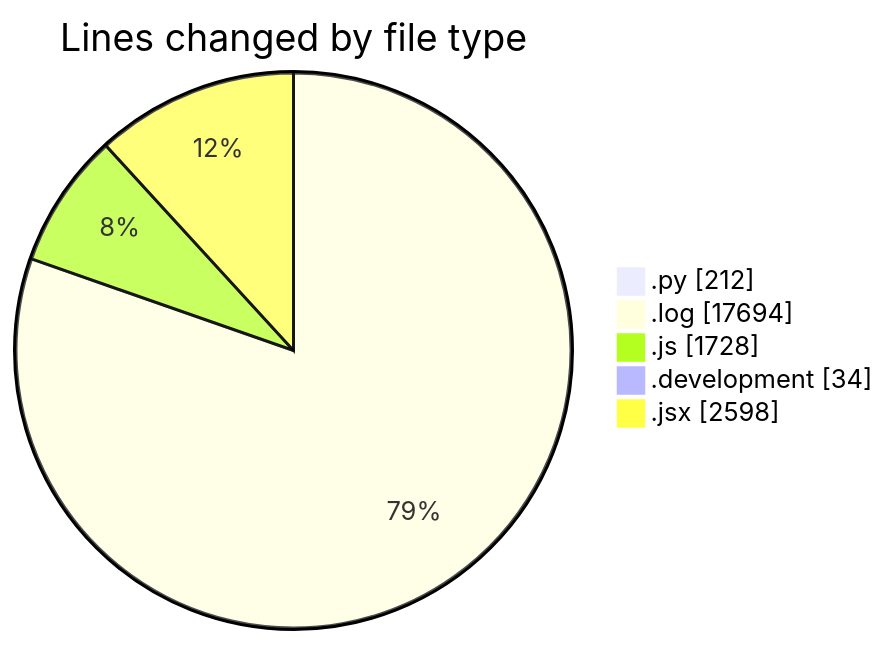
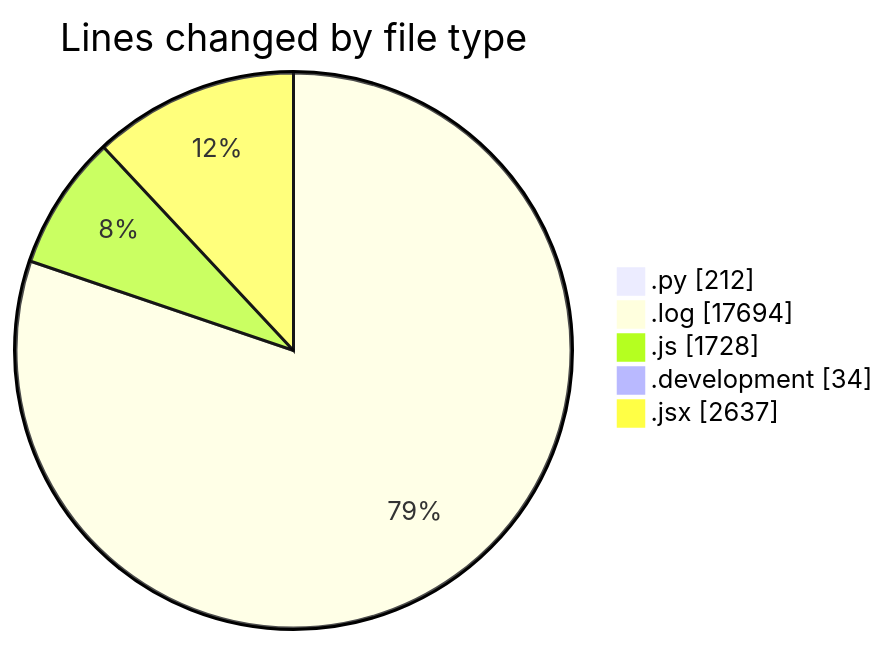
Before and after one commit to nxtqubesakshisongat/code-tracking: the first of 2 diagrams in 2025-04-19/nxtqube_webapp/README.md, drawn with Mermaid. The commit also changed other lines of this file and 1 other file, not shown here.

````diff
--- a/2025-04-19/nxtqube_webapp/README.md
+++ b/2025-04-19/nxtqube_webapp/README.md
@@ -39,9 +39,9 @@
 ```mermaid
 pie showData
 title Lines changed by file type
 ".py" : 212
 ".log" : 17694
 ".js" : 1728
 ".development" : 34
-".jsx" : 2598
+".jsx" : 2637
 ```
````
